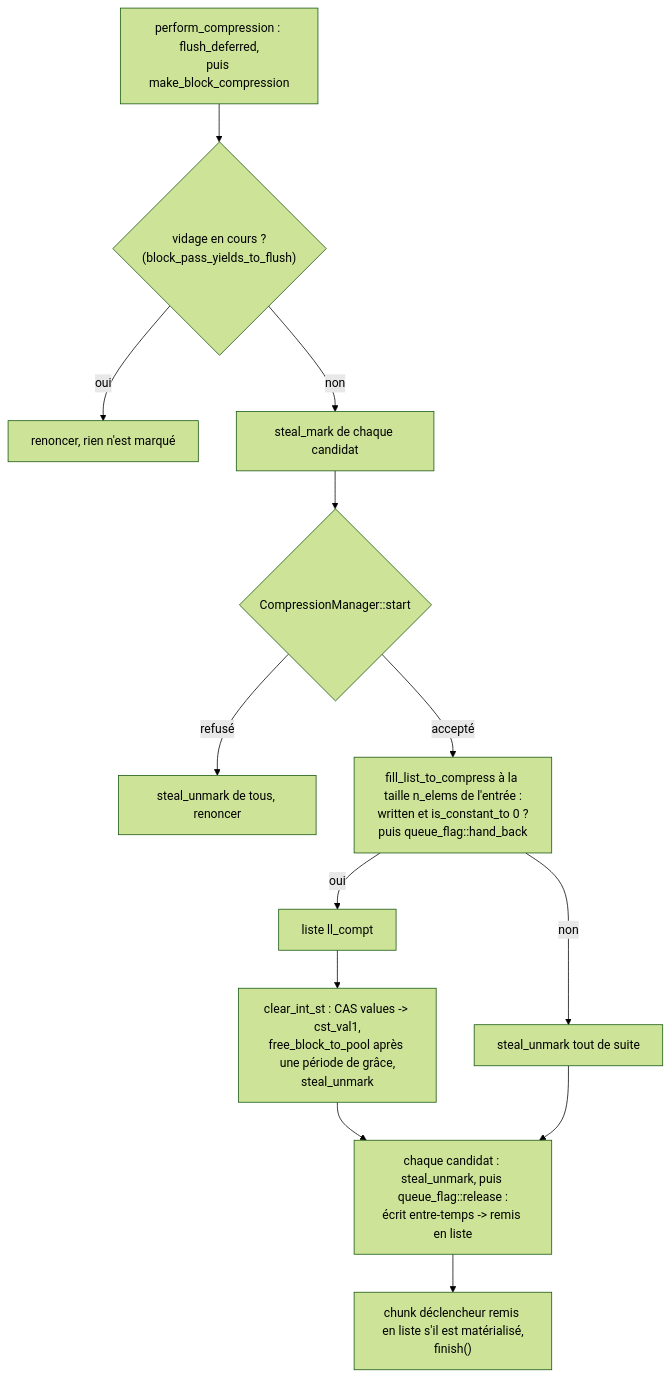
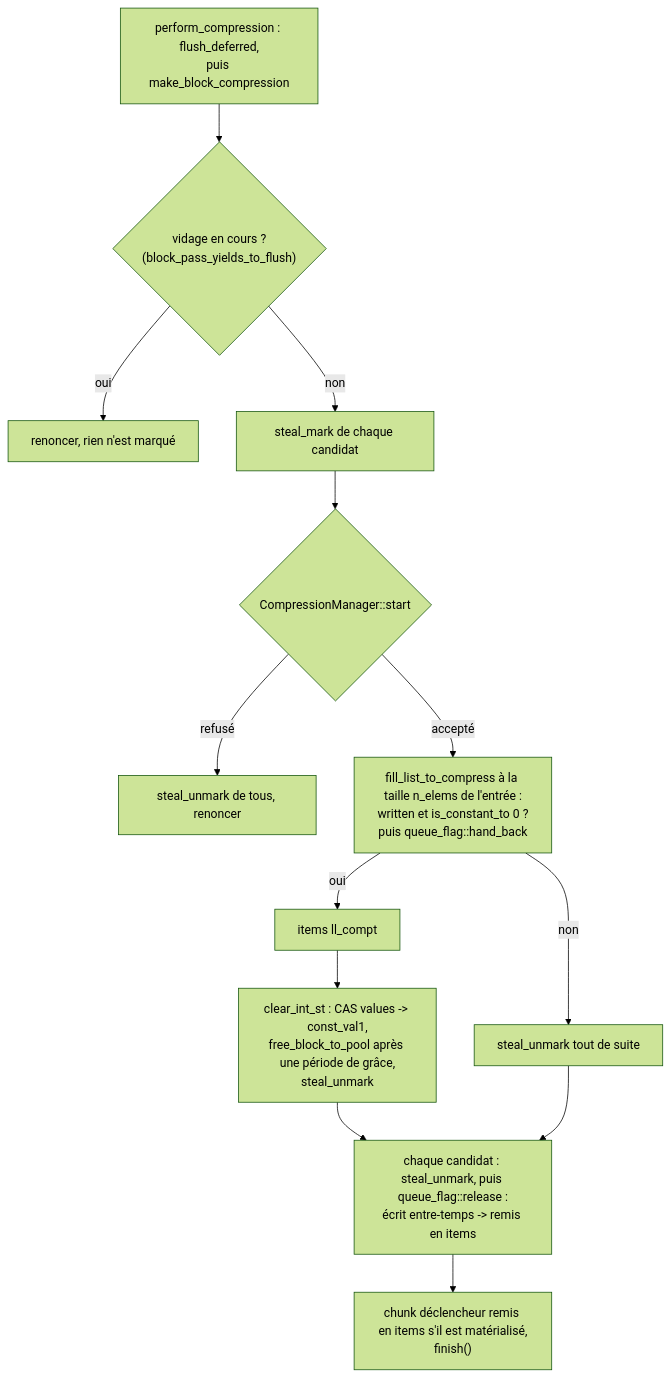
The second of 2 diagrams in docs/algo_zero_fr.md (cea-hpc/shrink-array), drawn with Mermaid (forest theme) before and after one commit. The commit also changed other lines of this file and 244 other files, not shown here.

````diff
--- a/docs/algo_zero_fr.md
+++ b/docs/algo_zero_fr.md
@@ -124,15 +124,15 @@
 ```mermaid
 flowchart TD
     A["perform_compression : flush_deferred,<br/>puis make_block_compression"] --> B{"vidage en cours ?<br/>(block_pass_yields_to_flush)"}
     B -->|oui| B1["renoncer, rien n'est marqué"]
     B -->|non| C["steal_mark de chaque candidat"]
     C --> D{"CompressionManager::start"}
     D -->|refusé| D1["steal_unmark de tous, renoncer"]
     D -->|accepté| E["fill_list_to_compress à la taille n_elems de l'entrée :<br/>written et is_constant_to 0 ?<br/>puis queue_flag::hand_back"]
-    E -->|oui| F["liste ll_compt"]
+    E -->|oui| F["items ll_compt"]
     E -->|non| G["steal_unmark tout de suite"]
-    F --> H["clear_int_st : CAS values -> cst_val1,<br/>free_block_to_pool après une période de grâce,<br/>steal_unmark"]
-    H --> I["chaque candidat : steal_unmark, puis queue_flag::release :<br/>écrit entre-temps -> remis en liste"]
+    F --> H["clear_int_st : CAS values -> const_val1,<br/>free_block_to_pool après une période de grâce,<br/>steal_unmark"]
+    H --> I["chaque candidat : steal_unmark, puis queue_flag::release :<br/>écrit entre-temps -> remis en items"]
     G --> I
-    I --> J["chunk déclencheur remis en liste s'il est matérialisé,<br/>finish()"]
+    I --> J["chunk déclencheur remis en items s'il est matérialisé,<br/>finish()"]
 ```
````
